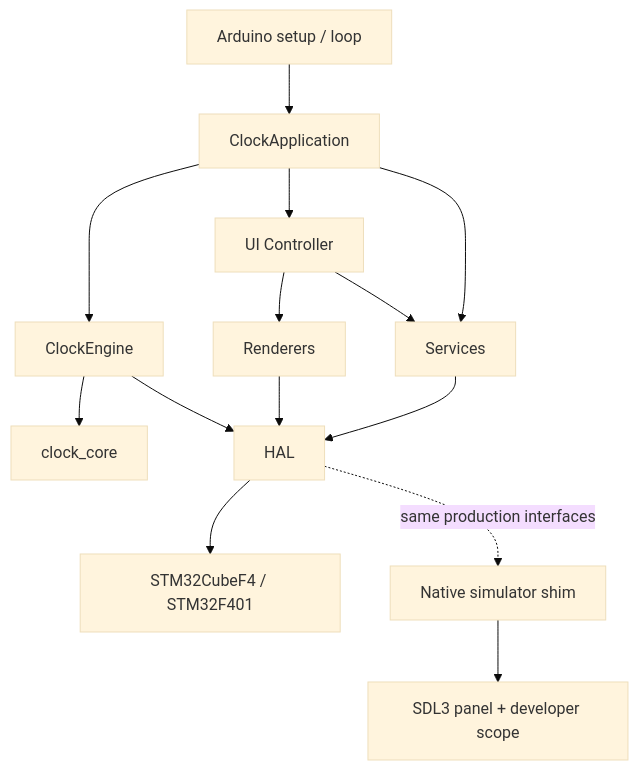
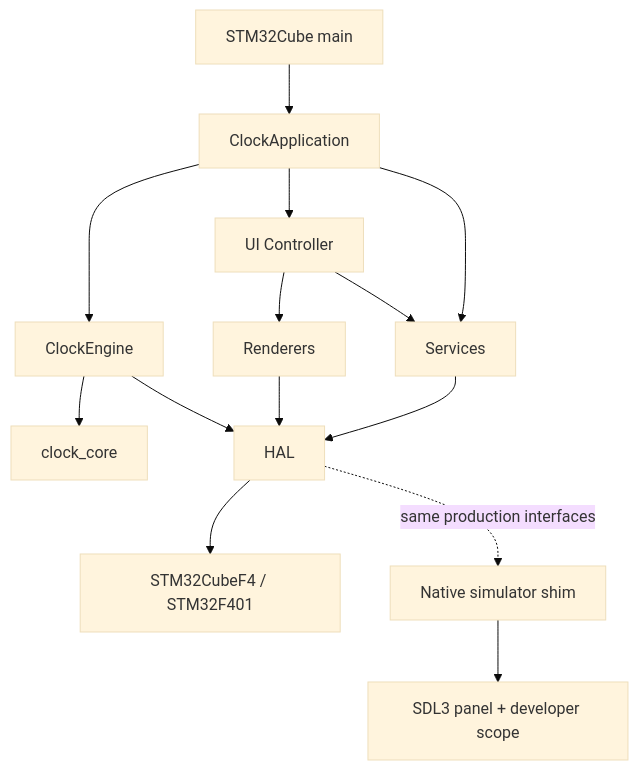
Before and after one commit to napolitano/eurorack-clock-firmware: the second of 7 diagrams in docs/ARCHITECTURE.md, drawn with Mermaid (base theme). The commit also changed other lines of this file and 17 other files, not shown here.

````diff
--- a/docs/ARCHITECTURE.md
+++ b/docs/ARCHITECTURE.md
@@ -29,16 +29,16 @@
 ```mermaid
 flowchart TB
-    Entry[Arduino setup / loop] --> App[ClockApplication]
+    Entry[STM32Cube main] --> App[ClockApplication]
     App --> Engine[ClockEngine]
     App --> UI[UI Controller]
     App --> Services[Services]
     UI --> Renderers[Renderers]
     UI --> Services
     Engine --> Core[clock_core]
     Engine --> HAL[HAL]
     Renderers --> HAL
     Services --> HAL
     HAL --> STM[STM32CubeF4 / STM32F401]
     HAL -. same production interfaces .-> SimShim[Native simulator shim]
     SimShim --> SDL[SDL3 panel + developer scope]
 ```
````
